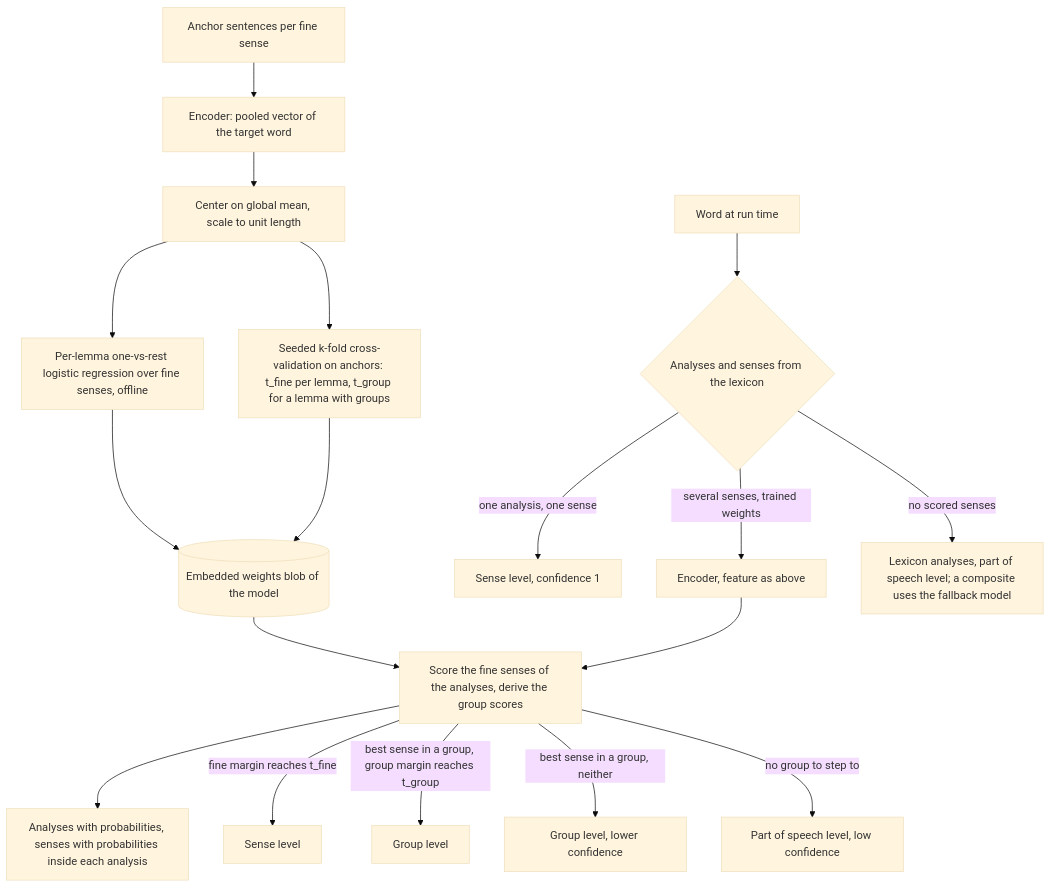
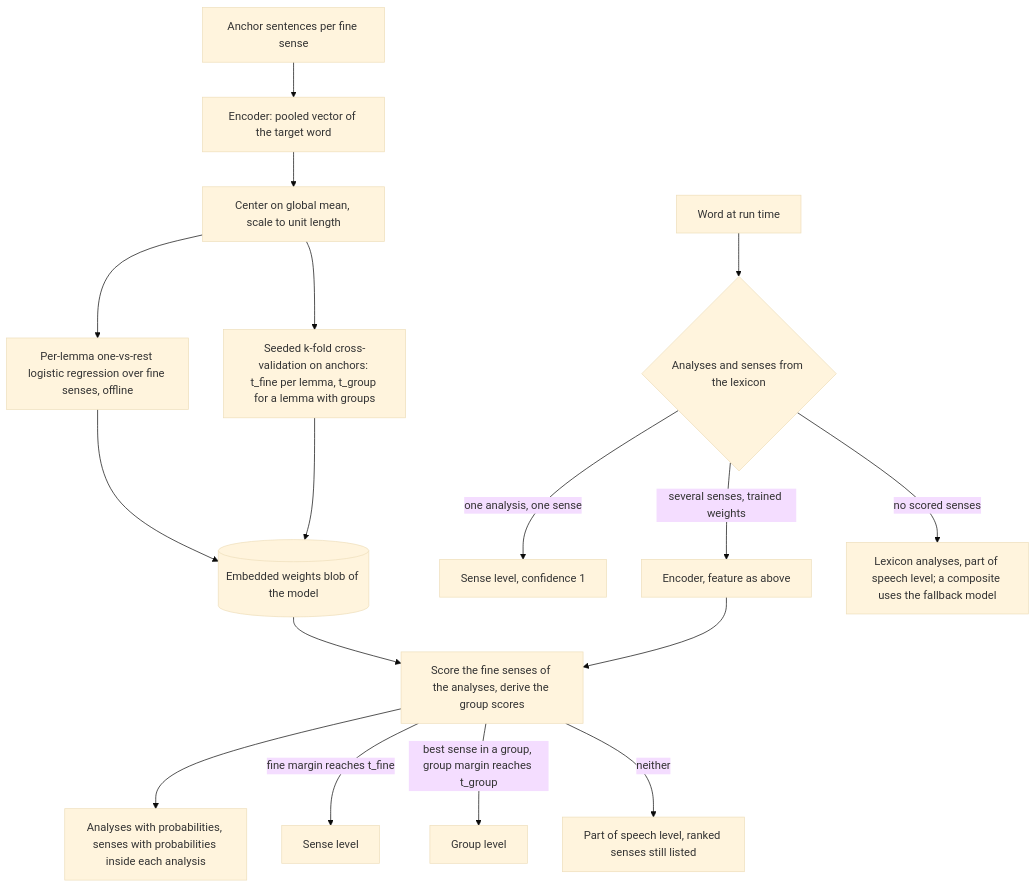
One commit to demaconsulting/WordSense changed the diagram in docs/design/word-sense/onnx.md. Above: the diagram before and after it, drawn with Mermaid (base theme). The commit also changed other lines of this file and 131 other files, not shown here.

````diff
--- a/docs/design/word-sense/onnx.md
+++ b/docs/design/word-sense/onnx.md
@@ -114,20 +114,19 @@
 ```mermaid
 flowchart TD
     A[Anchor sentences per fine sense] --> B[Encoder: pooled vector of the target word]
     B --> C[Center on global mean, scale to unit length]
     C --> D[Per-lemma one-vs-rest logistic regression over fine senses, offline]
     C --> T[Seeded k-fold cross-validation on anchors: t_fine per lemma, t_group for a lemma with groups]
     D --> E[(Embedded weights blob of the model)]
     T --> E
     W[Word at run time] --> L{Analyses and senses from the lexicon}
     L -- one analysis, one sense --> R1[Sense level, confidence 1]
     L -- several senses, trained weights --> F[Encoder, feature as above]
     E --> G
     F --> G[Score the fine senses of the analyses, derive the group scores]
     G --> C2[Analyses with probabilities, senses with probabilities inside each analysis]
     G -- fine margin reaches t_fine --> R2[Sense level]
     G -- best sense in a group, group margin reaches t_group --> R3[Group level]
-    G -- best sense in a group, neither --> R4[Group level, lower confidence]
-    G -- no group to step to --> R6[Part of speech level, low confidence]
+    G -- neither --> R4[Part of speech level, ranked senses still listed]
     L -- no scored senses --> R5[Lexicon analyses, part of speech level; a composite uses the fallback model]
 ```
````
